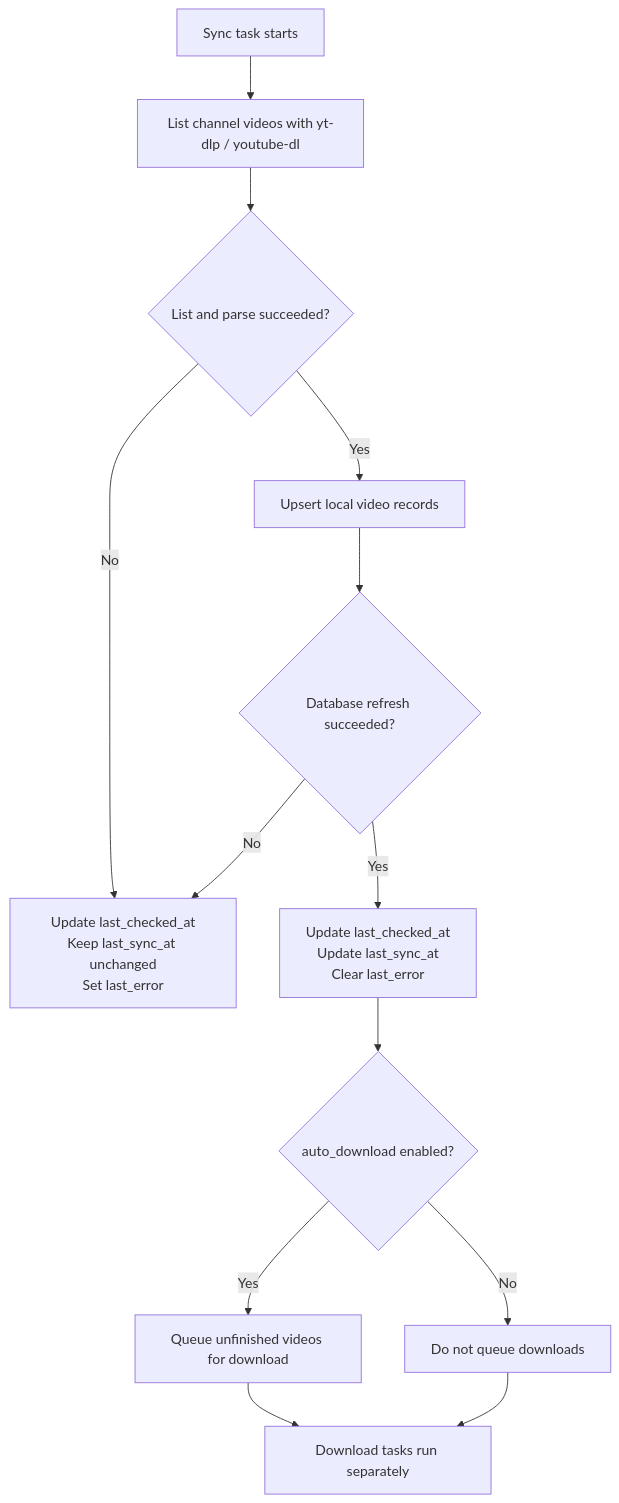
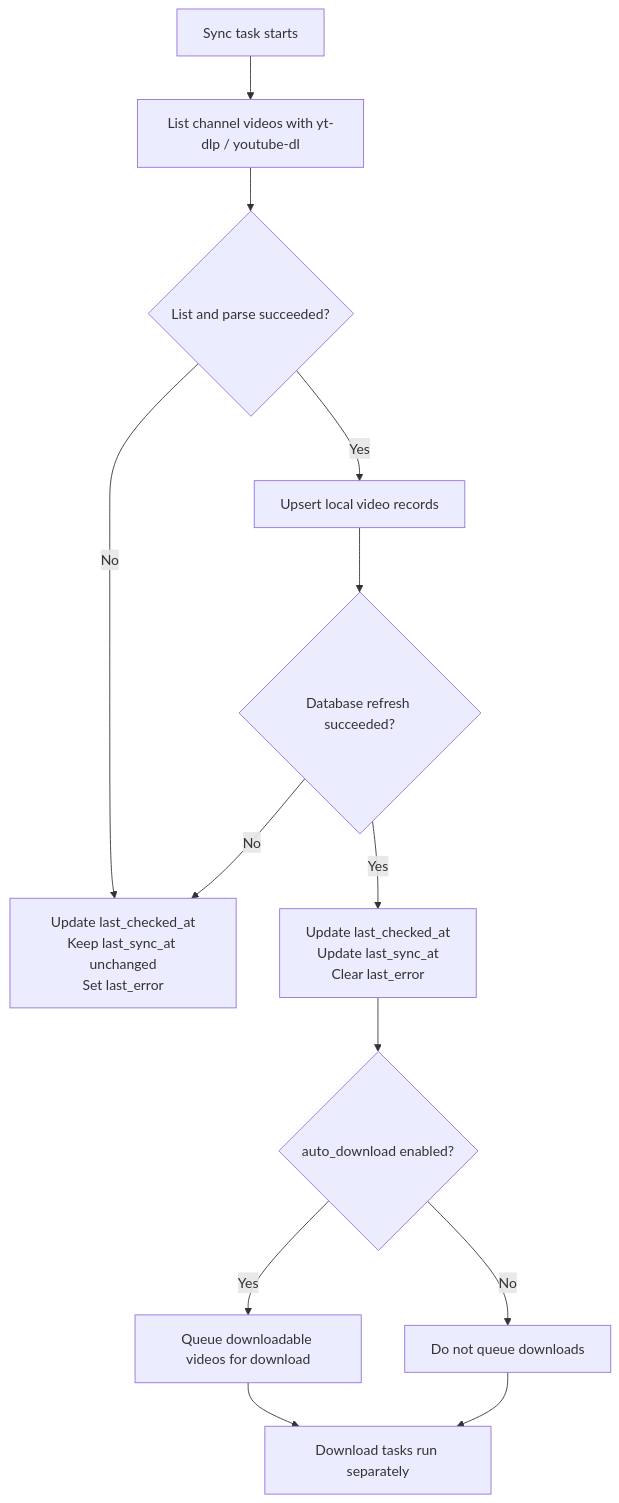
One commit to Aaron-Cai/video_transporter changed the second of 3 diagrams in readme.md. Above: the diagram before and after it, drawn with Mermaid. The commit also changed other lines of this file and 13 other files, not shown here.

Commit message:
feat(frontend,backend): add controlled video download flow

````diff
--- a/readme.md
+++ b/readme.md
@@ -107,19 +107,19 @@
 ```mermaid
 flowchart TD
     A["Sync task starts"] --> B["List channel videos with yt-dlp / youtube-dl"]
     B --> C{"List and parse succeeded?"}
 
     C -->|No| D["Update last_checked_at\nKeep last_sync_at unchanged\nSet last_error"]
     C -->|Yes| E["Upsert local video records"]
     E --> F{"Database refresh succeeded?"}
 
     F -->|No| D
     F -->|Yes| G["Update last_checked_at\nUpdate last_sync_at\nClear last_error"]
 
     G --> H{"auto_download enabled?"}
-    H -->|Yes| I["Queue unfinished videos for download"]
+    H -->|Yes| I["Queue downloadable videos for download"]
     H -->|No| J["Do not queue downloads"]
 
     I --> K["Download tasks run separately"]
     J --> K
 ```
````
